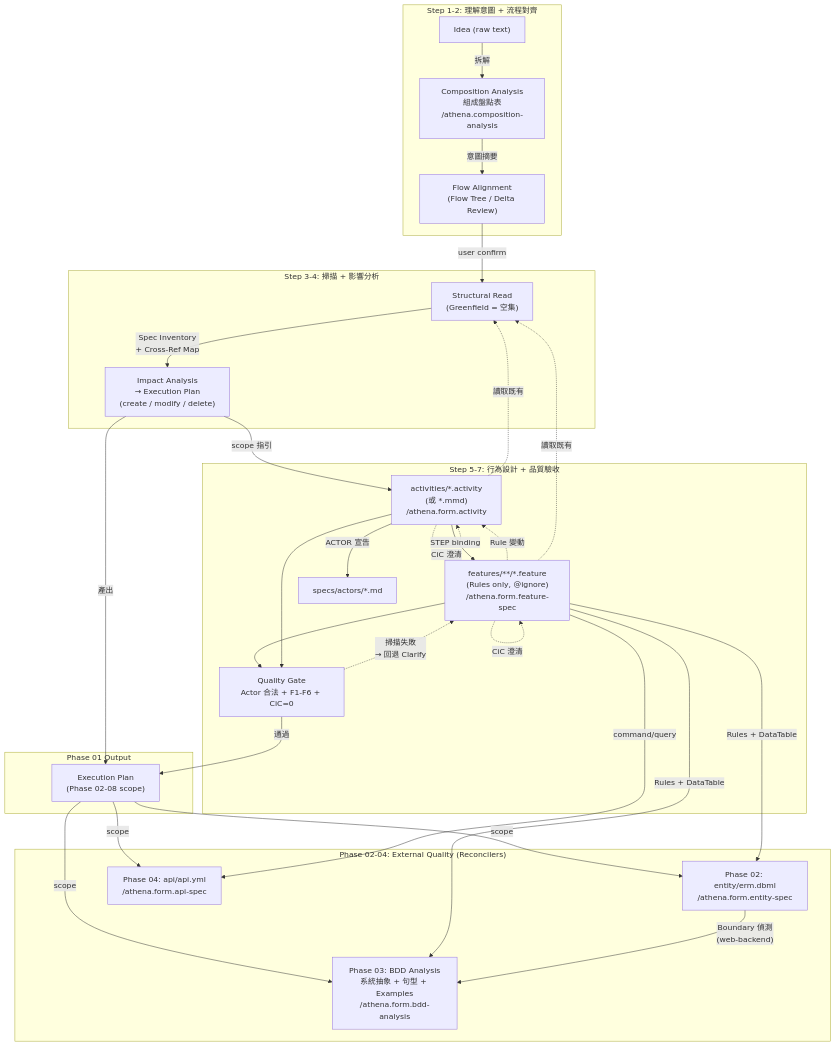
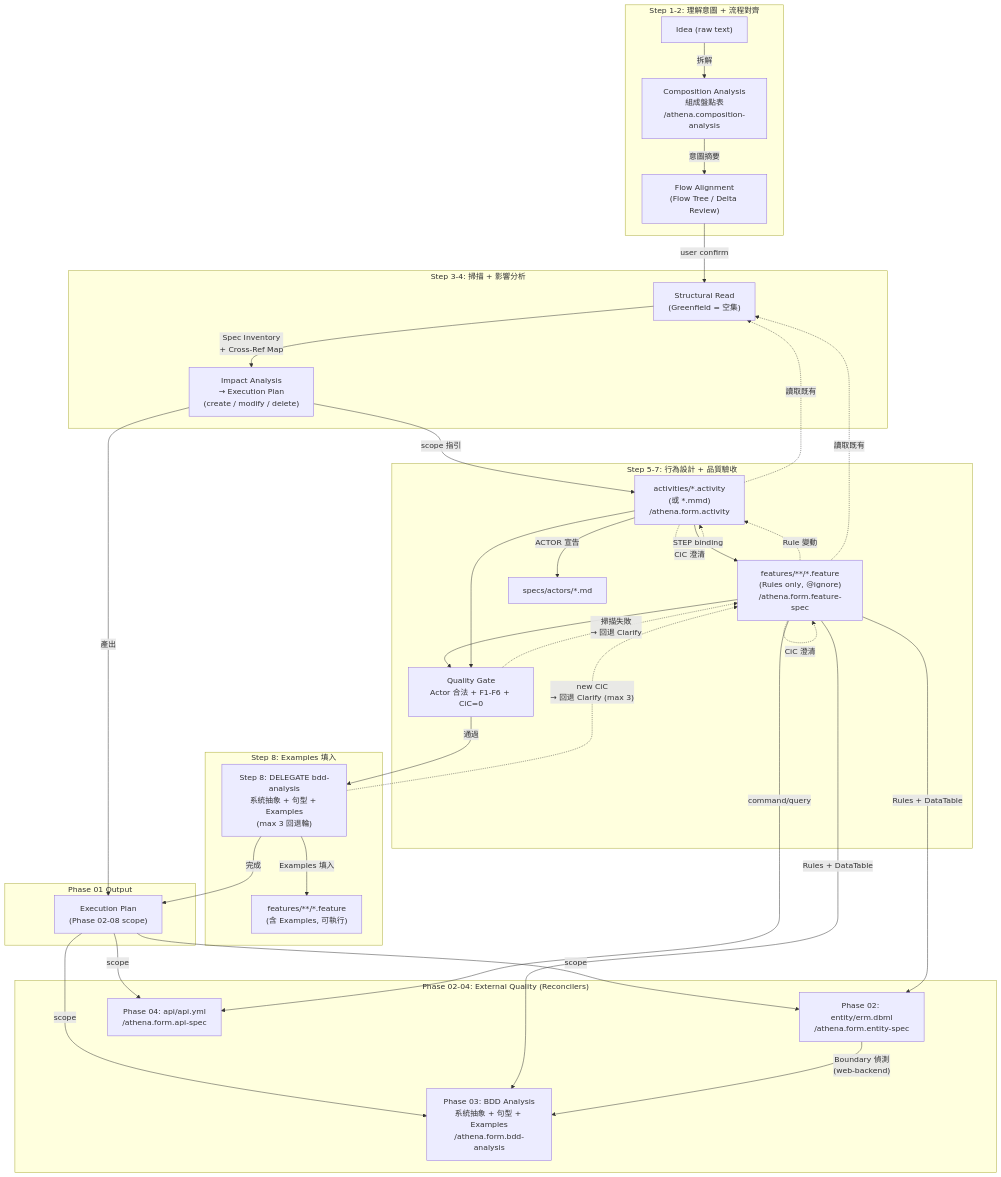
One commit to Athena-Git-Group/athena-plugin-dev changed the diagram in skills/athena-discovery/references/dependency-graph.mmd. Above: the diagram before and after it, drawn with Mermaid. The commit also changed 1 other file, not shown here.

Commit message:
feat(discovery): add Step 8 to auto-fill BDD Examples via form-bdd-analysis
athena-discovery 從「.feature Rules 骨架」延伸到「含 Examples 的可執行
.feature」。新增 Step 8 自動 DELEGATE /athena-form-bdd-analysis，完成
系統抽象 → 句型 → Examples 三階段 reconciliation。

Modifications:
- M1-M7 in SKILL.md (description, I/O table, TodoWrite template,
  completion criteria table, Step 8 section, output structure,
  completion criteria list)
- M8 in dependency-graph.mmd (S8 + FEAT_EX nodes, new edges
  QG->S8->FEAT_EX->EP, fallback edge S8-.->FEAT for new CiC)

防無限迴圈：3 層保護（最大 3 輪回退 + 重複 CiC 偵測 + 已澄清池
marker），超限以 @partial-examples tag 標示並交給使用者。

一致性 cleanup：description 與內文 5 處 "7 步" 全部對齊為 "8 步"。

Spec: specs/discovery-step8-bdd-examples.md §5.2, §5.3
Plan: plans/discovery-step8-bdd-examples/plan.md P3

```diff
--- a/skills/athena-discovery/references/dependency-graph.mmd
+++ b/skills/athena-discovery/references/dependency-graph.mmd
@@ -1,69 +1,77 @@
 graph TD
     %% ============================================================
     %% 統一流程（Greenfield / 新功能 / 改變需求 共用）
     %% ============================================================
 
     subgraph "Step 1-2: 理解意圖 + 流程對齊"
         IDEA["Idea (raw text)"]
         CA["Composition Analysis\n組成盤點表\n/athena.composition-analysis"]
         FT["Flow Alignment\n(Flow Tree / Delta Review)"]
     end
 
     subgraph "Step 3-4: 掃描 + 影響分析"
         SR["Structural Read\n(Greenfield = 空集)"]
         IA["Impact Analysis\n→ Execution Plan\n(create / modify / delete)"]
     end
 
     subgraph "Step 5-7: 行為設計 + 品質驗收"
         ACT["activities/*.activity\n(或 *.mmd)\n/athena.form.activity"]
         FEAT["features/**/*.feature\n(Rules only, @ignore)\n/athena.form.feature-spec"]
         ACTOR["specs/actors/*.md"]
         QG["Quality Gate\nActor 合法 + F1-F6 + CiC=0"]
     end
 
+    subgraph "Step 8: Examples 填入"
+        S8["Step 8: DELEGATE bdd-analysis\n系統抽象 + 句型 + Examples\n(max 3 回退輪)"]
+        FEAT_EX["features/**/*.feature\n(含 Examples, 可執行)"]
+    end
+
     subgraph "Phase 01 Output"
         EP["Execution Plan\n(Phase 02-08 scope)"]
     end
 
     %% 正向推導
     IDEA -->|"拆解"| CA
     CA -->|"意圖摘要"| FT
     FT -->|"user confirm"| SR
     SR -->|"Spec Inventory\n+ Cross-Ref Map"| IA
     IA -->|"scope 指引"| ACT
     ACT -->|"STEP binding"| FEAT
     ACT -->|"ACTOR 宣告"| ACTOR
     IA -->|"產出"| EP
 
     %% 品質門檻
     FEAT --> QG
     ACT --> QG
-    QG -->|"通過"| EP
+    QG -->|"通過"| S8
+    S8 -->|"Examples 填入"| FEAT_EX
+    S8 -->|"完成"| EP
 
     %% 逆向回饋（Clarify Loop）
     FEAT -.->|"CiC 澄清"| FEAT
     ACT -.->|"CiC 澄清"| ACT
     FEAT -.->|"Rule 變動"| ACT
     QG -.->|"掃描失敗\n→ 回退 Clarify"| FEAT
+    S8 -.->|"new CiC\n→ 回退 Clarify (max 3)"| FEAT
 
     %% Structural Read 讀取既有規格（Existing 時）
     ACT -.->|"讀取既有"| SR
     FEAT -.->|"讀取既有"| SR
 
     %% ============================================================
     %% 後續 Phase（由 Execution Plan 驅動）
     %% ============================================================
 
     subgraph "Phase 02-04: External Quality (Reconcilers)"
         ERM["Phase 02: entity/erm.dbml\n/athena.form.entity-spec"]
         BDD["Phase 03: BDD Analysis\n系統抽象 + 句型 + Examples\n/athena.form.bdd-analysis"]
         API["Phase 04: api/api.yml\n/athena.form.api-spec"]
     end
 
     EP -->|"scope"| ERM
     EP -->|"scope"| BDD
     EP -->|"scope"| API
     FEAT -->|"Rules + DataTable"| ERM
     FEAT -->|"Rules + DataTable"| BDD
     FEAT -->|"command/query"| API
     ERM -->|"Boundary 偵測\n(web-backend)"| BDD
```
